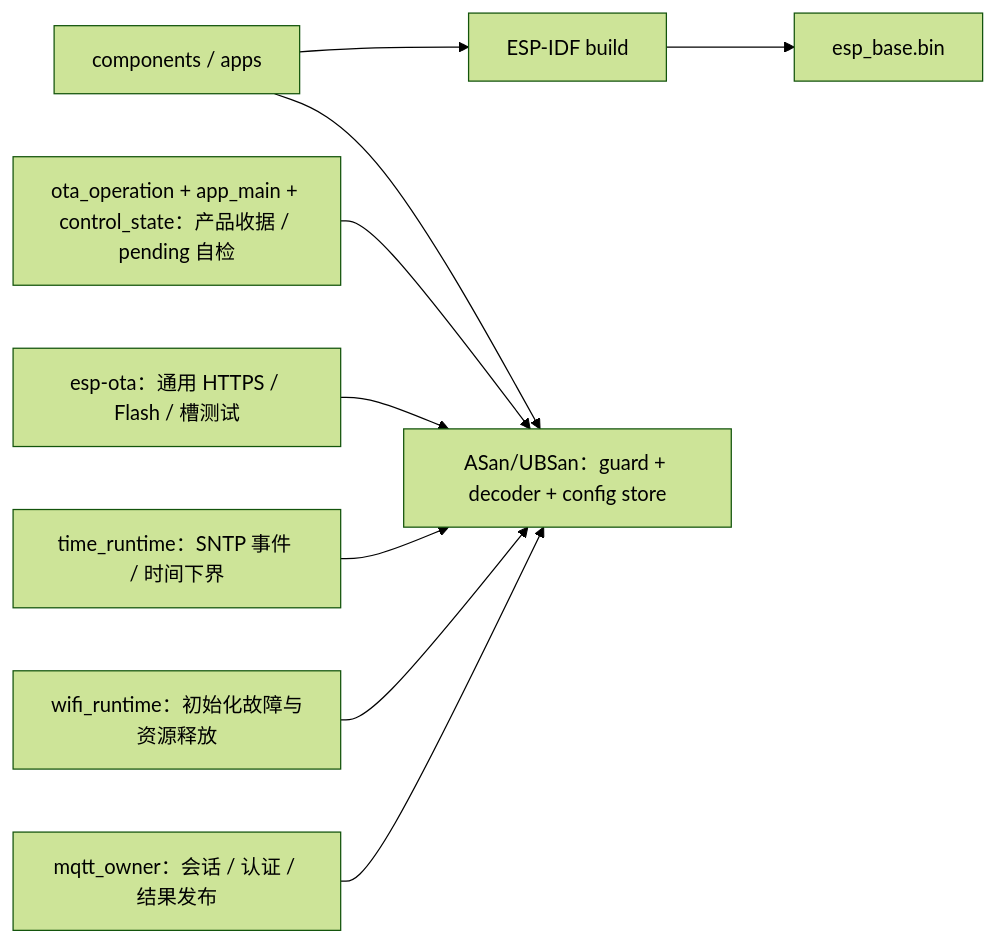
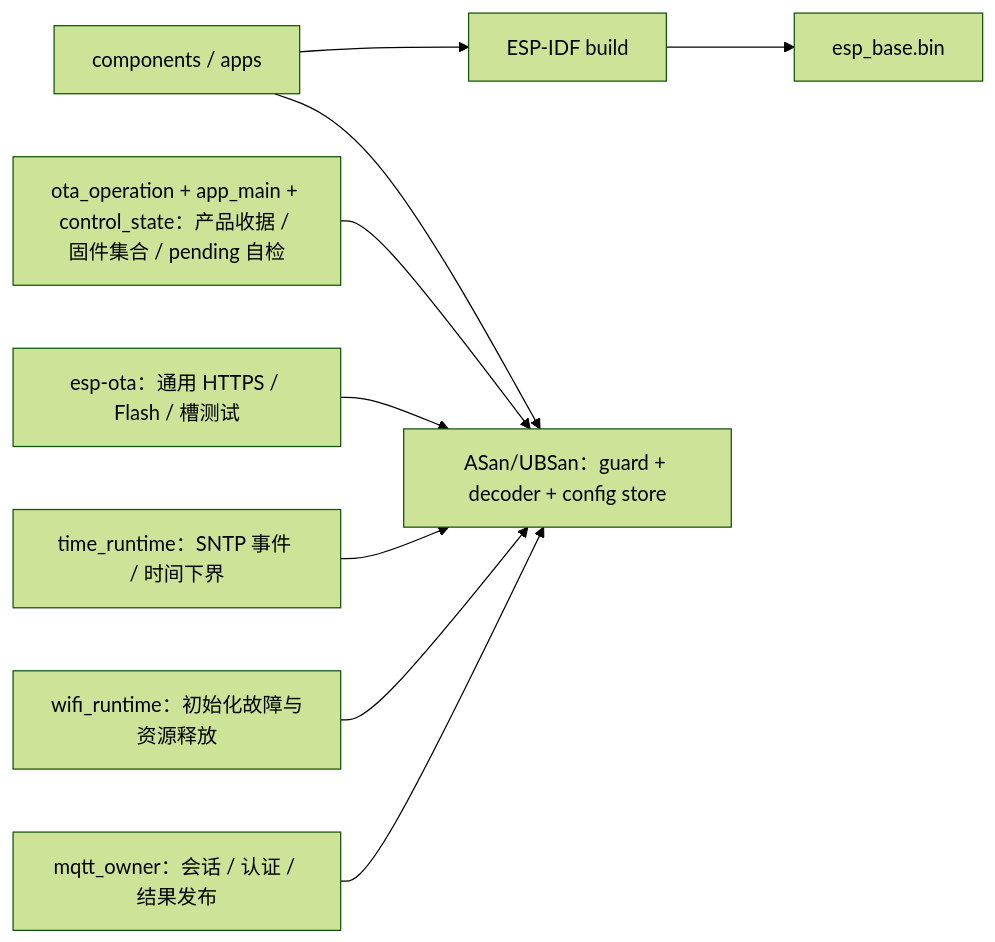
Before and after one commit to darren-you/esp-base: the diagram in firmware/tests/README.md, drawn with Mermaid (forest theme). The commit also changed other lines of this file and 10 other files, not shown here.

````diff
--- a/firmware/tests/README.md
+++ b/firmware/tests/README.md
@@ -19,11 +21,11 @@
 ```mermaid
 flowchart LR
     sources["components / apps"] --> idf["ESP-IDF build"]
     sources --> host["ASan/UBSan：guard + decoder + config store"]
-    ota["ota_operation + app_main + control_state：产品收据 / pending 自检"] --> host
+    ota["ota_operation + app_main + control_state：产品收据 / 固件集合 / pending 自检"] --> host
     library["esp-ota：通用 HTTPS / Flash / 槽测试"] --> host
     time["time_runtime：SNTP 事件 / 时间下界"] --> host
     wifi["wifi_runtime：初始化故障与资源释放"] --> host
     mqtt["mqtt_owner：会话 / 认证 / 结果发布"] --> host
     idf --> image["esp_base.bin"]
 ```
````
